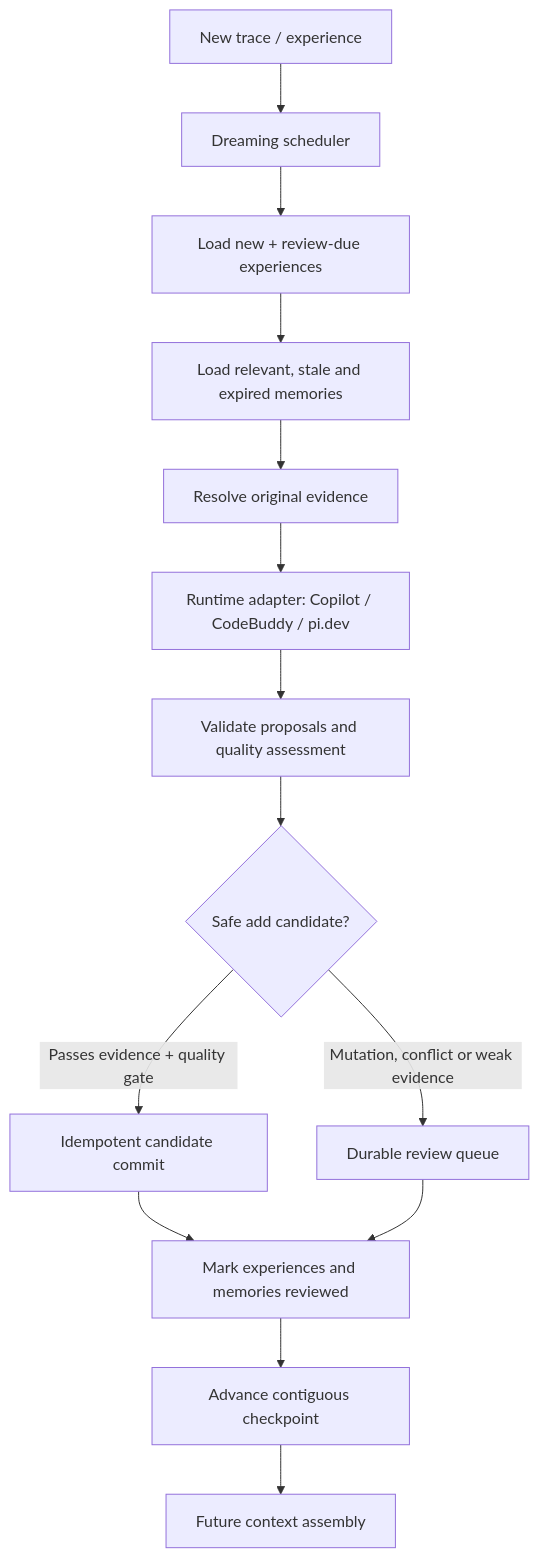
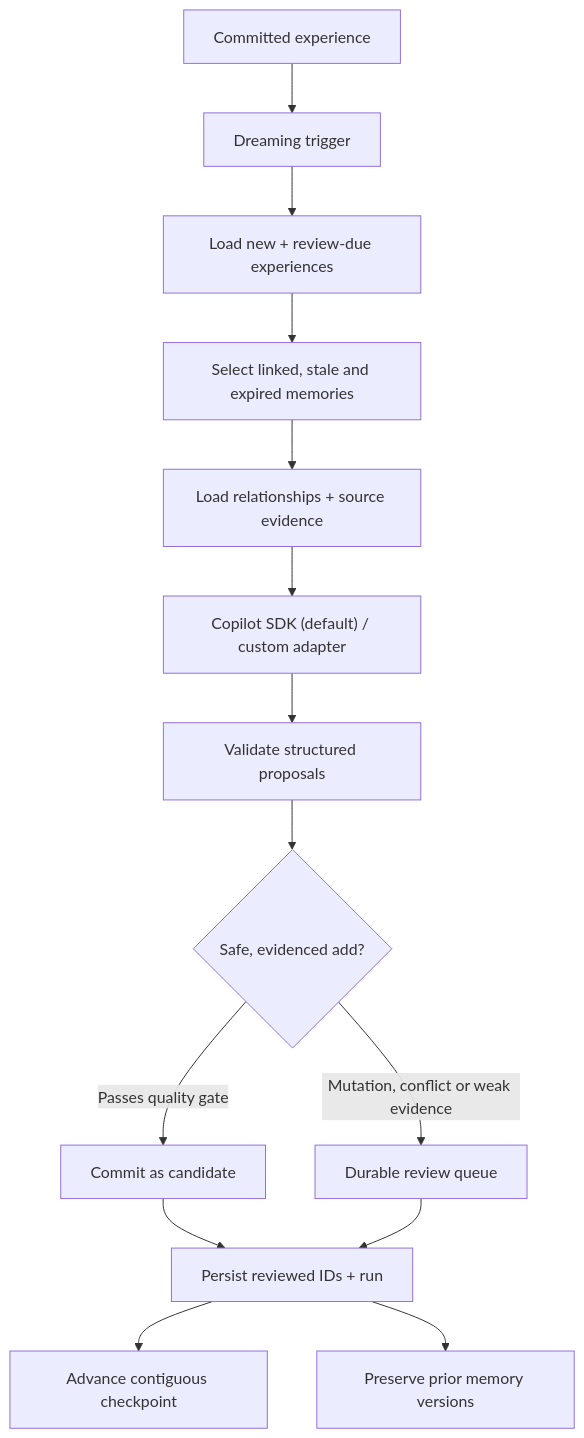
The diagram in docs/agent-memory-consolidation-design.md (saga/common-agent-lib), drawn with Mermaid before and after one commit. The commit also changed other lines of this file, not shown here.

Commit message:
docs(agent-dreaming): align consolidation design with shipped capabilities

````diff
--- a/docs/agent-memory-consolidation-design.md
+++ b/docs/agent-memory-consolidation-design.md
@@ -20,16 +20,16 @@
 ```mermaid
 flowchart TD
-  A["New trace / experience"] --> B["Dreaming scheduler"]
+  A["Committed experience"] --> B["Dreaming trigger"]
   B --> C["Load new + review-due experiences"]
-  C --> C2["Load relevant, stale and expired memories"]
-  C2 --> D["Resolve original evidence"]
-  D --> E["Runtime adapter: Copilot / CodeBuddy / pi.dev"]
-  E --> F["Validate proposals and quality assessment"]
-  F --> G{"Safe add candidate?"}
-  G -->|Passes evidence + quality gate| H["Idempotent candidate commit"]
-  G -->|Mutation, conflict or weak evidence| R["Durable review queue"]
-  H --> I["Mark experiences and memories reviewed"]
-  R --> I
-  I --> J["Advance contiguous checkpoint"]
-  J --> K["Future context assembly"]
+  C --> D["Select linked, stale and expired memories"]
+  D --> E["Load relationships + source evidence"]
+  E --> F["Copilot SDK (default) / custom adapter"]
+  F --> G["Validate structured proposals"]
+  G --> H{"Safe, evidenced add?"}
+  H -->|Passes quality gate| I["Commit as candidate"]
+  H -->|Mutation, conflict or weak evidence| J["Durable review queue"]
+  I --> K["Persist reviewed IDs + run"]
+  J --> K
+  K --> L["Advance contiguous checkpoint"]
+  K --> M["Preserve prior memory versions"]
 ```
````
